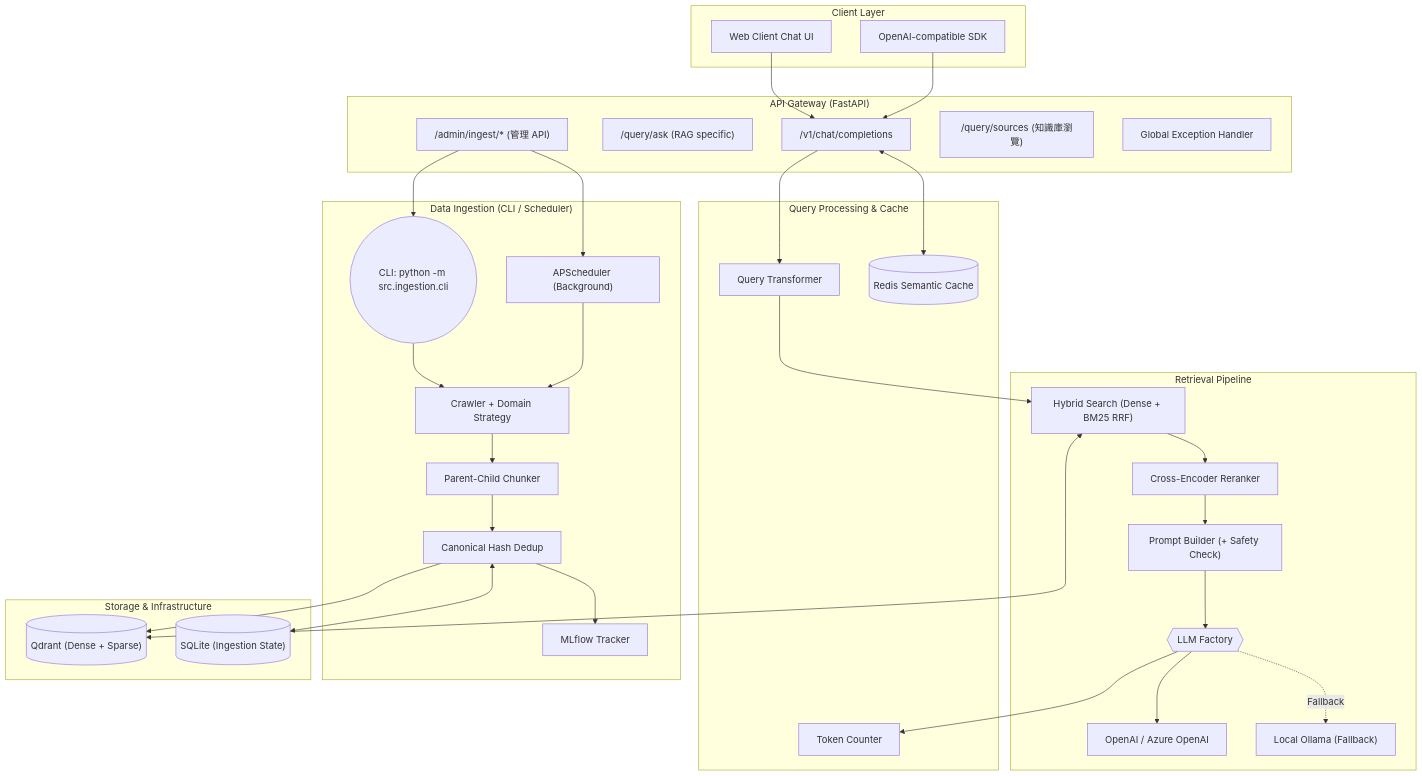
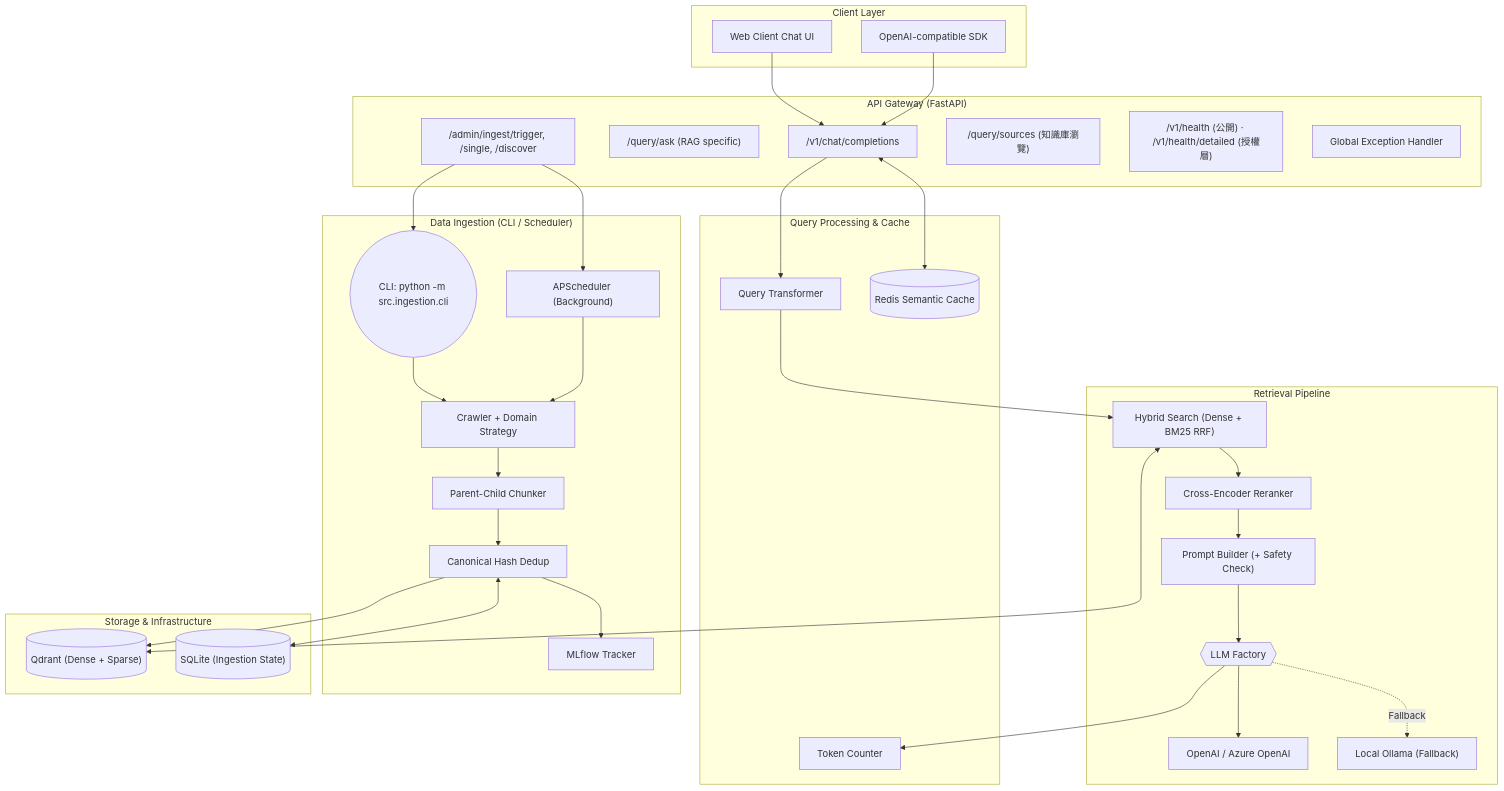
Before and after one commit to ToooAir/german-visa-rag: the diagram in README_TC.md, drawn with Mermaid. The commit also changed other lines of this file and 1 other file, not shown here.

Commit message:
docs: update API documentation with per-request parameter overrides, health check endpoints, and admin ingestion instructions

````diff
--- a/README_TC.md
+++ b/README_TC.md
@@ -58,61 +58,62 @@
 ```mermaid
 graph TB
     subgraph "Client Layer"
         A1["Web Client Chat UI"]
         A2["OpenAI-compatible SDK"]
     end
 
     subgraph "API Gateway (FastAPI)"
         B1["/v1/chat/completions"]
         B2["/query/ask (RAG specific)"]
-        B3["/admin/ingest/* (管理 API)"]
+        B3["/admin/ingest/trigger, /single, /discover"]
         B4["/query/sources (知識庫瀏覽)"]
+        B5["/v1/health (公開) · /v1/health/detailed (授權層)"]
         EH["Global Exception Handler"]
     end
 
     subgraph "Query Processing & Cache"
         C1["Query Transformer"]
         E2[("Redis Semantic Cache")]
         TC["Token Counter"]
     end
 
     subgraph "Retrieval Pipeline"
         D1["Hybrid Search (Dense + BM25 RRF)"]
         D2["Cross-Encoder Reranker"]
         D3["Prompt Builder (+ Safety Check)"]
         F1{{"LLM Factory"}}
         LLM_A["OpenAI / Azure OpenAI"]
         LLM_B["Local Ollama (Fallback)"]
     end
 
     subgraph "Data Ingestion (CLI / Scheduler)"
         G0(("CLI: python -m src.ingestion.cli"))
         SCHED["APScheduler (Background)"]
         G1["Crawler + Domain Strategy"]
         G2["Parent-Child Chunker"]
         G3["Canonical Hash Dedup"]
         MLF["MLflow Tracker"]
     end
 
     subgraph "Storage & Infrastructure"
         E1[("Qdrant (Dense + Sparse)")]
         E3[("SQLite (Ingestion State)")]
     end
 
     A1 --> B1
     A2 --> B1
     B1 <--> E2
     B1 --> C1 --> D1 --> D2 --> D3
     D3 --> F1
     F1 --> LLM_A
     F1 -. Fallback .-> LLM_B
     F1 --> TC
     D1 <--> E1
     B3 --> G0
     B3 --> SCHED
 
     G0 --> G1 --> G2 --> G3 --> E1
     SCHED --> G1
     G3 <--> E3
     G3 --> MLF
 ```
````
